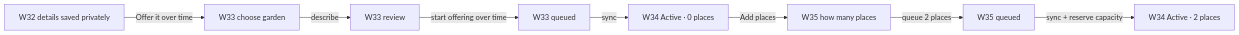
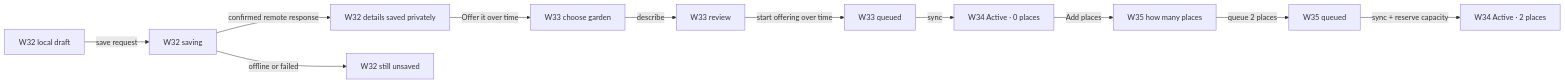
Diagram 17 of 17 in .plans/active/commitment-pooling/prototypes.md (greenpill-dev-guild/green-goods), drawn with Mermaid before and after one commit. The commit also changed other lines of this file and 23 other files, not shown here.

First line of the commit message:
fix(agent): close pooling architecture gaps

````diff
--- a/.plans/active/commitment-pooling/prototypes.md
+++ b/.plans/active/commitment-pooling/prototypes.md
@@ -1026,10 +1026,13 @@
 ```mermaid
 flowchart LR
-  P["W32 details saved privately"] -->|"Offer it over time"| G["W33 choose garden"]
+  L["W32 local draft"] -->|"save request"| S["W32 saving"]
+  S -->|"confirmed remote response"| P["W32 details saved privately"]
+  S -->|"offline or failed"| U["W32 still unsaved"]
+  P -->|"Offer it over time"| G["W33 choose garden"]
   G -->|"describe"| R["W33 review"]
   R -->|"start offering over time"| Q["W33 queued"]
   Q -->|"sync"| A["W34 Active · 0 places"]
   A -->|"Add places"| C["W35 how many places"]
   C -->|"queue 2 places"| QQ["W35 queued"]
   QQ -->|"sync + reserve capacity"| T["W34 Active · 2 places"]
 ```
````
